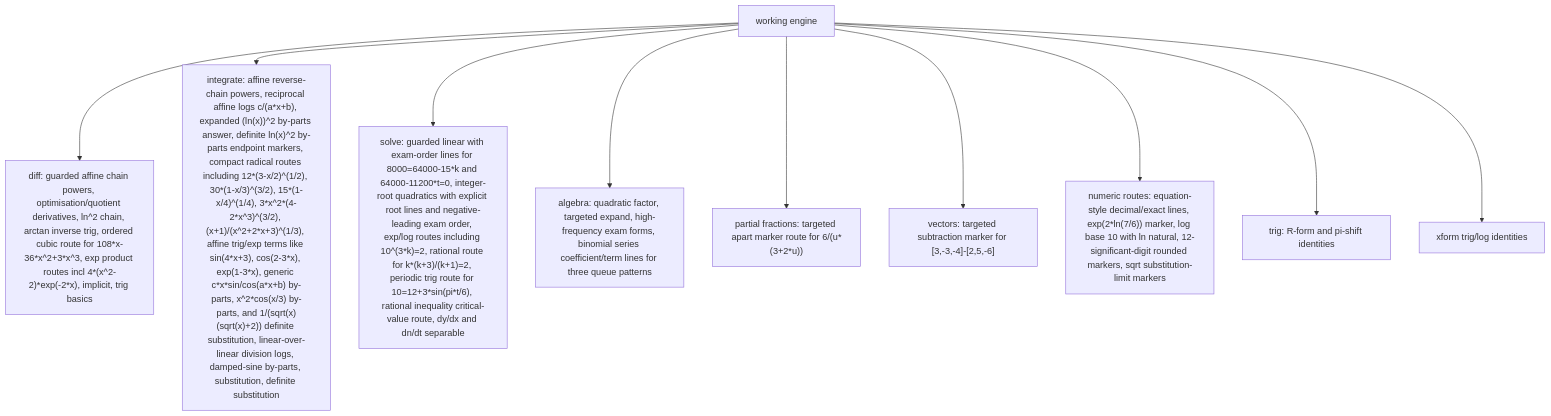
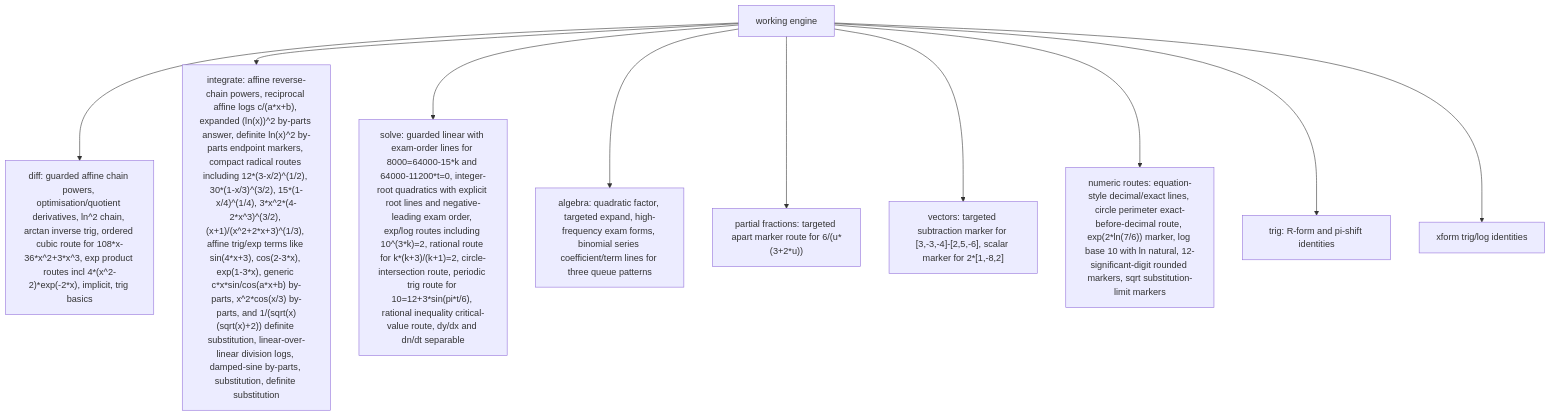
One commit to james8464/notes-addin-casio-fx-cg50 changed the third of 6 diagrams in docs/GRAPH.md. Above: the diagram before and after it, drawn with Mermaid. The commit also changed other lines of this file and 9 other files, not shown here.

Commit message:
add circle and vector working routes

````diff
--- a/docs/GRAPH.md
+++ b/docs/GRAPH.md
@@ -36,12 +36,12 @@
 ```mermaid
 graph TD
   Work["working engine"] --> Diff["diff: guarded affine chain powers, optimisation/quotient derivatives, ln^2 chain, arctan inverse trig, ordered cubic route for 108*x-36*x^2+3*x^3, exp product routes incl 4*(x^2-2)*exp(-2*x), implicit, trig basics"]
   Work --> Int["integrate: affine reverse-chain powers, reciprocal affine logs c/(a*x+b), expanded (ln(x))^2 by-parts answer, definite ln(x)^2 by-parts endpoint markers, compact radical routes including 12*(3-x/2)^(1/2), 30*(1-x/3)^(3/2), 15*(1-x/4)^(1/4), 3*x^2*(4-2*x^3)^(3/2), (x+1)/(x^2+2*x+3)^(1/3), affine trig/exp terms like sin(4*x+3), cos(2-3*x), exp(1-3*x), generic c*x*sin/cos(a*x+b) by-parts, x^2*cos(x/3) by-parts, and 1/(sqrt(x)(sqrt(x)+2)) definite substitution, linear-over-linear division logs, damped-sine by-parts, substitution, definite substitution"]
-  Work --> Solve["solve: guarded linear with exam-order lines for 8000=64000-15*k and 64000-11200*t=0, integer-root quadratics with explicit root lines and negative-leading exam order, exp/log routes including 10^(3*k)=2, rational route for k*(k+3)/(k+1)=2, periodic trig route for 10=12+3*sin(pi*t/6), rational inequality critical-value route, dy/dx and dn/dt separable"]
+  Work --> Solve["solve: guarded linear with exam-order lines for 8000=64000-15*k and 64000-11200*t=0, integer-root quadratics with explicit root lines and negative-leading exam order, exp/log routes including 10^(3*k)=2, rational route for k*(k+3)/(k+1)=2, circle-intersection route, periodic trig route for 10=12+3*sin(pi*t/6), rational inequality critical-value route, dy/dx and dn/dt separable"]
   Work --> Alg["algebra: quadratic factor, targeted expand, high-frequency exam forms, binomial series coefficient/term lines for three queue patterns"]
   Work --> PF["partial fractions: targeted apart marker route for 6/(u*(3+2*u))"]
-  Work --> Vec["vectors: targeted subtraction marker for [3,-3,-4]-[2,5,-6]"]
-  Work --> Num["numeric routes: equation-style decimal/exact lines, exp(2*ln(7/6)) marker, log base 10 with ln natural, 12-significant-digit rounded markers, sqrt substitution-limit markers"]
+  Work --> Vec["vectors: targeted subtraction marker for [3,-3,-4]-[2,5,-6], scalar marker for 2*[1,-8,2]"]
+  Work --> Num["numeric routes: equation-style decimal/exact lines, circle perimeter exact-before-decimal route, exp(2*ln(7/6)) marker, log base 10 with ln natural, 12-significant-digit rounded markers, sqrt substitution-limit markers"]
   Work --> Trig["trig: R-form and pi-shift identities"]
   Work --> Xform["xform trig/log identities"]
 ```
````
